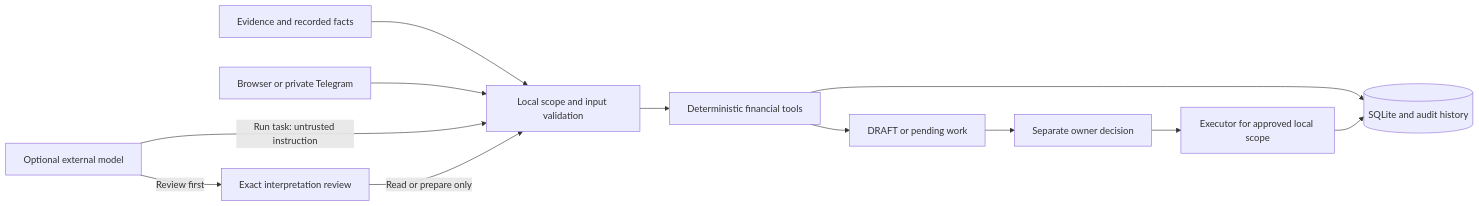
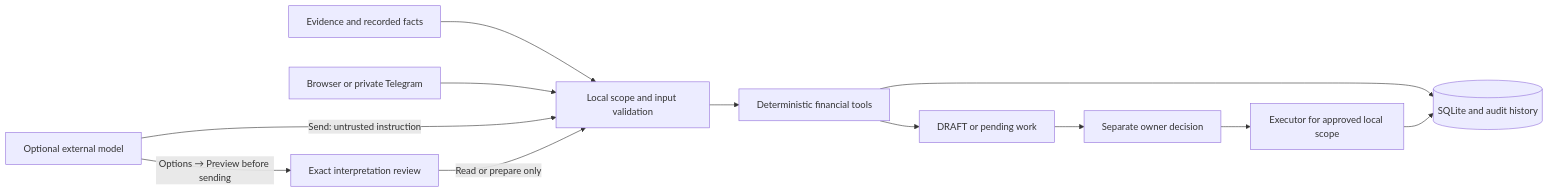
Before and after one commit to ShahadatTest/fluxora: the diagram in README.md, drawn with Mermaid. The commit also changed other lines of this file and 15 other files, not shown here.

````diff
--- a/README.md
+++ b/README.md
@@ -166,14 +166,14 @@
 ```mermaid
 flowchart LR
     E[Evidence and recorded facts] --> V[Local scope and input validation]
     B[Browser or private Telegram] --> V
-    M[Optional external model] -->|Run task: untrusted instruction| V
-    M -->|Review first| R[Exact interpretation review]
+    M[Optional external model] -->|Send: untrusted instruction| V
+    M -->|Options → Preview before sending| R[Exact interpretation review]
     R -->|Read or prepare only| V
     V --> F[Deterministic financial tools]
     F --> D[DRAFT or pending work]
     D --> O[Separate owner decision]
     O --> X[Executor for approved local scope]
     F --> S[(SQLite and audit history)]
     X --> S
 ```
````
